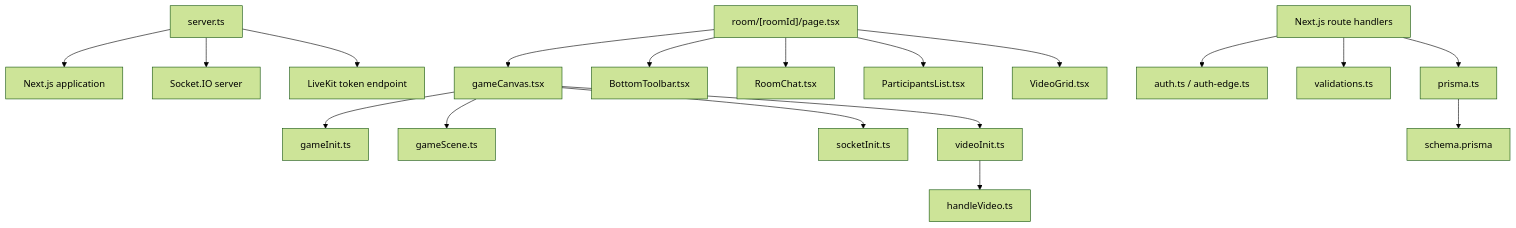
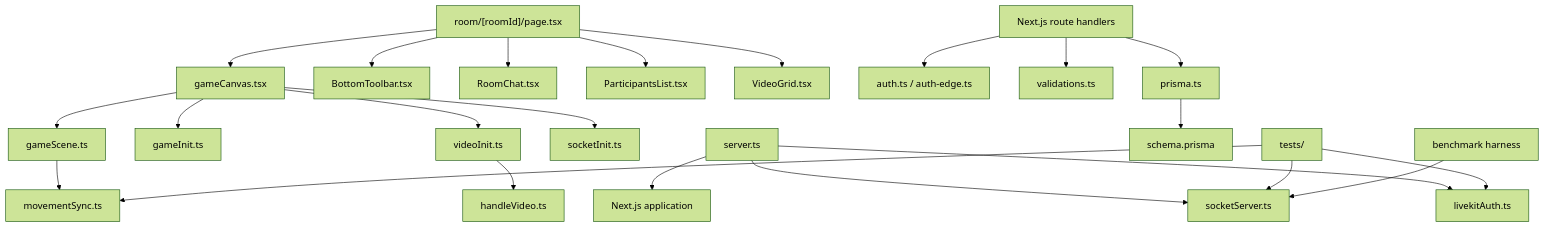
Before and after one commit to Haamid-syed/social-square-public: the diagram in docs/COMPONENT_MAP.md, drawn with Mermaid (forest theme). The commit also changed other lines of this file and 11 other files, not shown here.

````diff
--- a/docs/COMPONENT_MAP.md
+++ b/docs/COMPONENT_MAP.md
@@ -43,23 +49,29 @@
 ```mermaid
 flowchart TD
     Server["server.ts"] --> Next["Next.js application"]
-    Server --> SocketServer["Socket.IO server"]
-    Server --> Token["LiveKit token endpoint"]
+    Server --> SocketServer["socketServer.ts"]
+    Server --> TokenAuth["livekitAuth.ts"]
 
     RoomPage["room/[roomId]/page.tsx"] --> Canvas["gameCanvas.tsx"]
     RoomPage --> Toolbar["BottomToolbar.tsx"]
     RoomPage --> Chat["RoomChat.tsx"]
     RoomPage --> Participants["ParticipantsList.tsx"]
     RoomPage --> Grid["VideoGrid.tsx"]
 
     Canvas --> GameInit["gameInit.ts"]
     Canvas --> Scene["gameScene.ts"]
+    Scene --> Movement["movementSync.ts"]
     Canvas --> SocketInit["socketInit.ts"]
     Canvas --> VideoInit["videoInit.ts"]
     VideoInit --> MediaDOM["handleVideo.ts"]
 
     API["Next.js route handlers"] --> Auth["auth.ts / auth-edge.ts"]
     API --> Validation["validations.ts"]
     API --> Prisma["prisma.ts"]
     Prisma --> Schema["schema.prisma"]
+
+    Tests["tests/"] --> Movement
+    Tests --> SocketServer
+    Tests --> TokenAuth
+    Bench["benchmark harness"] --> SocketServer
 ```
````
